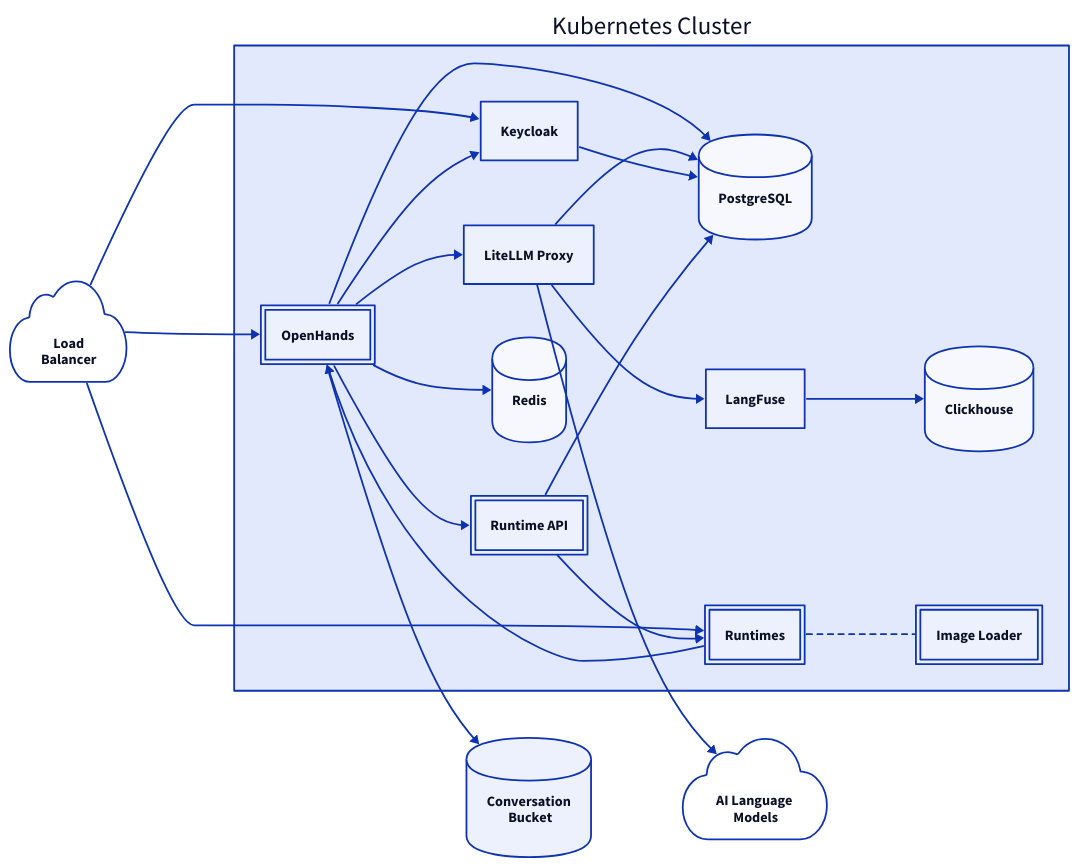
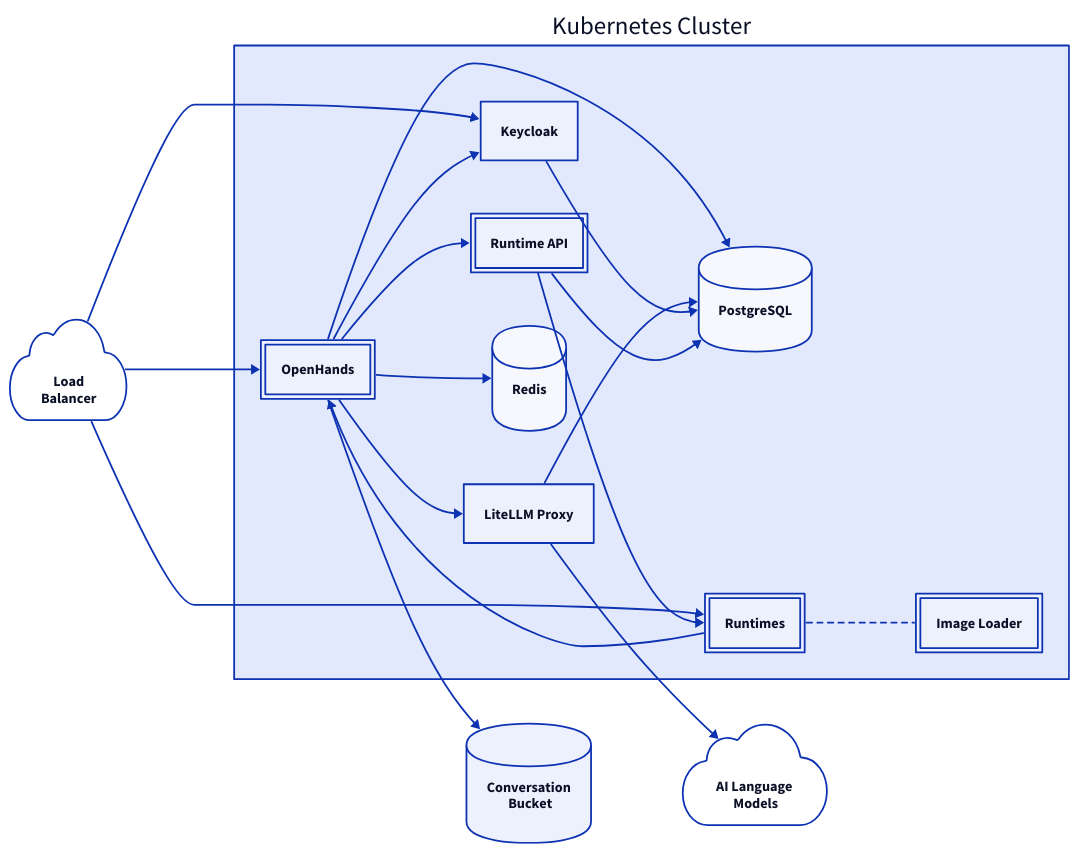
The diagram in docs/assets/fig1.d2 (All-Hands-AI/OpenHands-Cloud), drawn with D2 before and after one commit. The commit also changed 15 other files, not shown here.

First line of the commit message:
Remove ClickHouse and Langfuse helm chart support

```diff
--- a/docs/assets/fig1.d2
+++ b/docs/assets/fig1.d2
@@ -1,77 +1,70 @@
 # Use https://play.d2lang.com to edit with preview (layout engine ELK)
 # To update the SVG, run: (cd docs && ./build-diagrams.sh)
 
 direction: right
 
 classes: {
   all-hands: {
     style: {
       double-border: true
     }
   }
 }
 
 app-cluster: Kubernetes Cluster {
   openhands: OpenHands {
     class: all-hands
   }
   runtime-api: Runtime API {
     class: all-hands
   }
 
   keycloak: Keycloak
   postgres: PostgreSQL {
     shape: cylinder
   }
-  langfuse: LangFuse
   litellm: LiteLLM Proxy
   redis: Redis {
     shape: cylinder
   }
-  clickhouse: Clickhouse {
-    shape: cylinder
-  }
-
   runtimes: Runtimes {
     class: all-hands
   }
   image-loader: Image Loader {
     class: all-hands
   }
 }
 convo-bucket: Conversation\n Bucket {
   shape: cylinder
 }
 llms: AI Language\n Models {
   shape: cloud
 }
 lb: Load\nBalancer {
   shape: cloud
 }
 
 lb -> app-cluster.runtimes
 app-cluster.litellm -> llms
 
 lb -> app-cluster.openhands
 lb -> app-cluster.keycloak
 app-cluster.openhands -> app-cluster.runtime-api
 app-cluster.openhands -> app-cluster.keycloak
 app-cluster.openhands -> app-cluster.redis
 app-cluster.openhands -> convo-bucket
 app-cluster.runtime-api -> app-cluster.runtimes
-app-cluster.litellm -> app-cluster.langfuse
-app-cluster.langfuse -> app-cluster.clickhouse
 app-cluster.openhands -> app-cluster.litellm
 
 app-cluster.openhands -> app-cluster.postgres
 app-cluster.litellm -> app-cluster.postgres
 app-cluster.keycloak -> app-cluster.postgres
 app-cluster.runtime-api -> app-cluster.postgres
 
 app-cluster.runtimes -> app-cluster.openhands
 
 app-cluster.runtimes -- app-cluster.image-loader {
     style: {
         stroke-dash: 3
     }
 }
```
